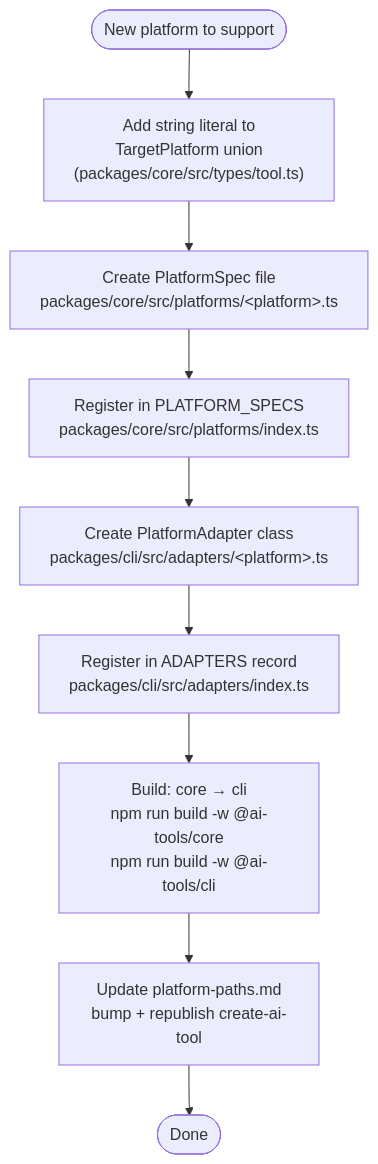
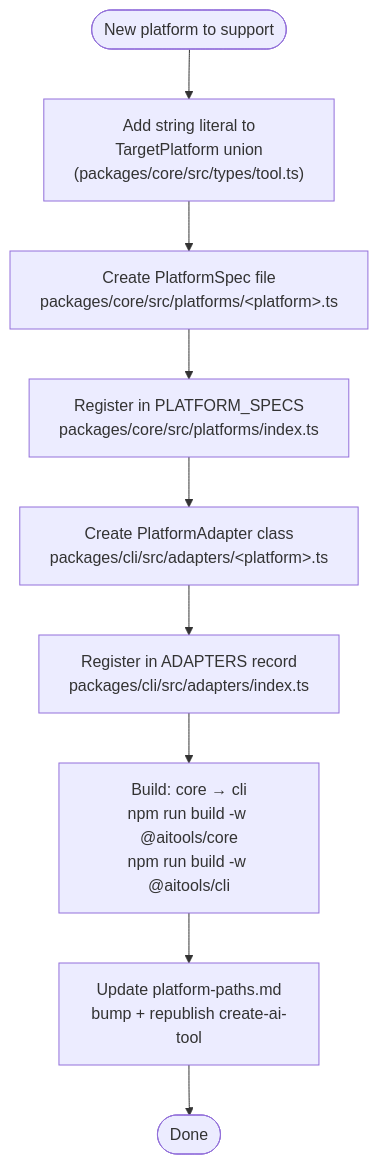
One commit to bitgenetics/aitools changed the sixth of 6 diagrams in docs/design/platform-adapter.md. Above: the diagram before and after it, drawn with Mermaid. The commit also changed other lines of this file and 132 other files, not shown here.

First line of the commit message:
refactor: rebrand to aitools CLI and @aitools/* packages

````diff
--- a/docs/design/platform-adapter.md
+++ b/docs/design/platform-adapter.md
@@ -208,14 +208,14 @@
 ```mermaid
 flowchart TD
     start([New platform to support])
     type["Add string literal to<br/>TargetPlatform union<br/>(packages/core/src/types/tool.ts)"]
     spec_file["Create PlatformSpec file<br/>packages/core/src/platforms/&lt;platform&gt;.ts"]
     spec_index["Register in PLATFORM_SPECS<br/>packages/core/src/platforms/index.ts"]
     adapter["Create PlatformAdapter class<br/>packages/cli/src/adapters/&lt;platform&gt;.ts"]
     adapters_index["Register in ADAPTERS record<br/>packages/cli/src/adapters/index.ts"]
-    build["Build: core → cli<br/>npm run build -w @ai-tools/core<br/>npm run build -w @ai-tools/cli"]
+    build["Build: core → cli<br/>npm run build -w @aitools/core<br/>npm run build -w @aitools/cli"]
     docs["Update platform-paths.md<br/>bump + republish create-ai-tool"]
     done([Done])
 
     start --> type --> spec_file --> spec_index --> adapter --> adapters_index --> build --> docs --> done
 ```
````
